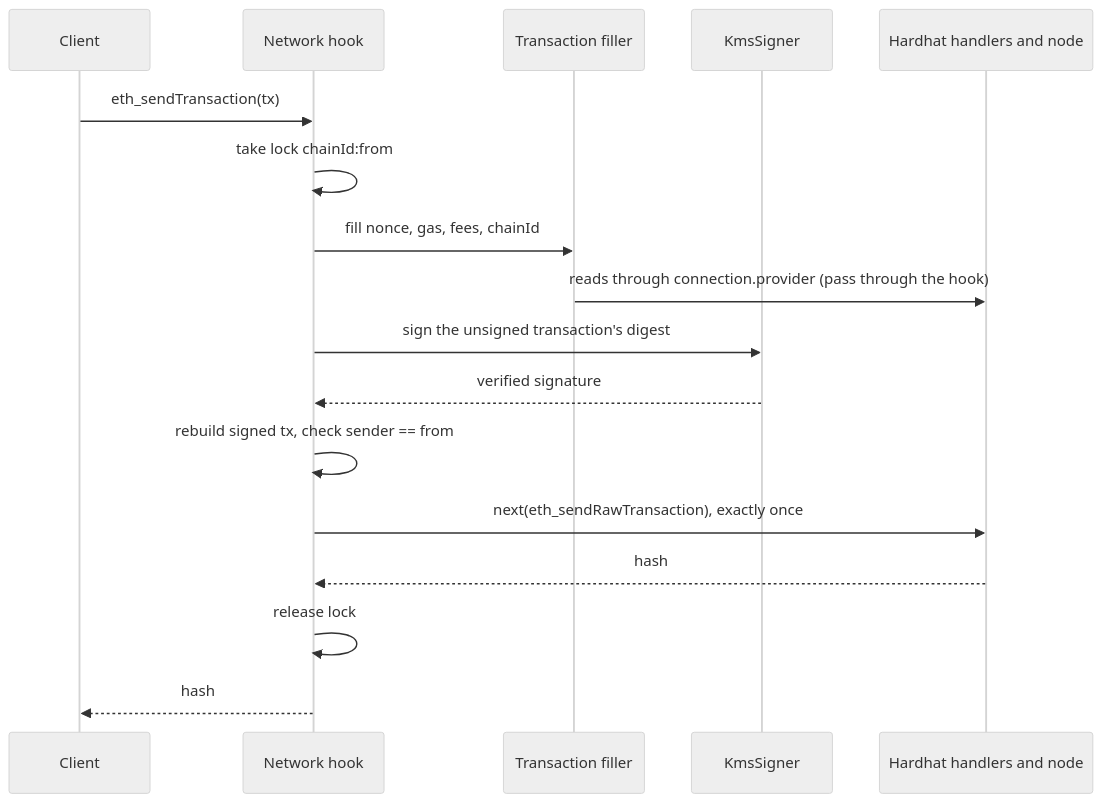
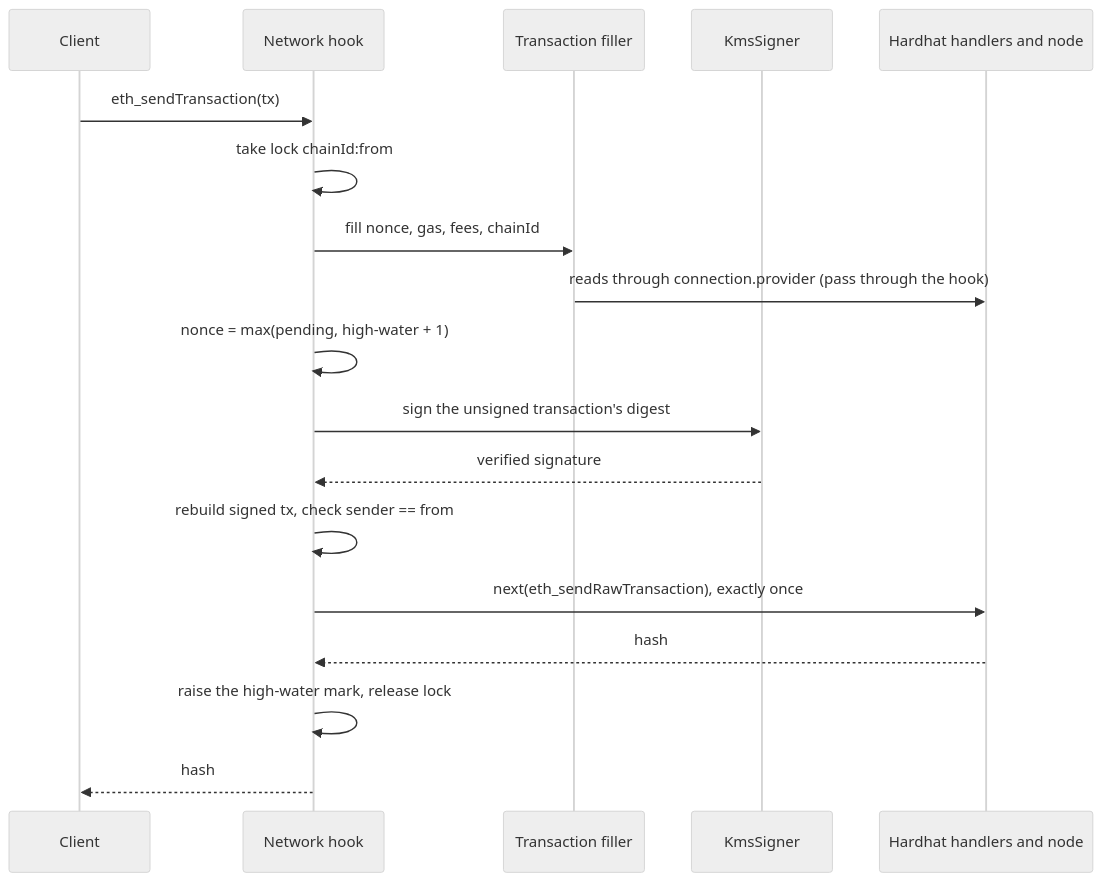
The third of 3 diagrams in docs/contributor/architecture.md (aelmanaa/hardhat-kms), drawn with Mermaid (neutral theme) before and after one commit. The commit also changed other lines of this file and 14 other files, not shown here.

````diff
--- a/docs/contributor/architecture.md
+++ b/docs/contributor/architecture.md
@@ -105,19 +106,20 @@
 ```mermaid
 sequenceDiagram
   participant C as Client
   participant H as Network hook
   participant F as Transaction filler
   participant S as KmsSigner
   participant N as Hardhat handlers and node
   C->>H: eth_sendTransaction(tx)
   H->>H: take lock chainId:from
   H->>F: fill nonce, gas, fees, chainId
   F->>N: reads through connection.provider (pass through the hook)
+  H->>H: nonce = max(pending, high-water + 1)
   H->>S: sign the unsigned transaction's digest
   S-->>H: verified signature
   H->>H: rebuild signed tx, check sender == from
   H->>N: next(eth_sendRawTransaction), exactly once
   N-->>H: hash
-  H->>H: release lock
+  H->>H: raise the high-water mark, release lock
   H-->>C: hash
 ```
````
